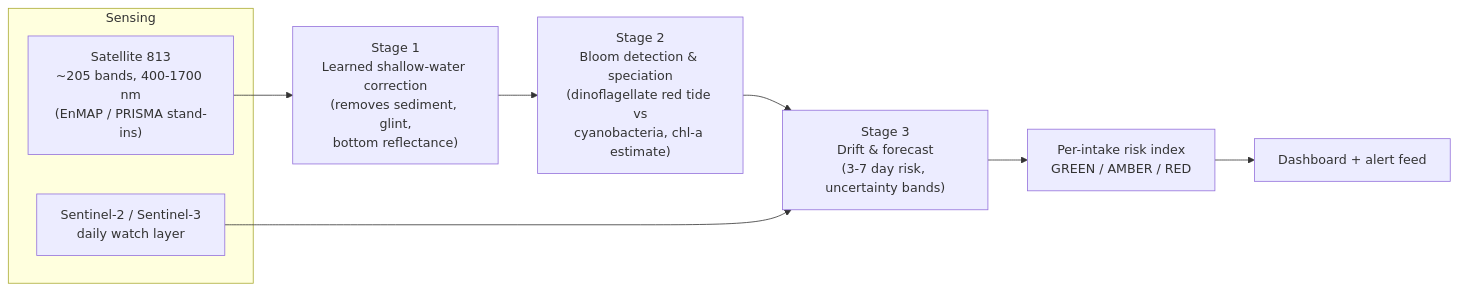
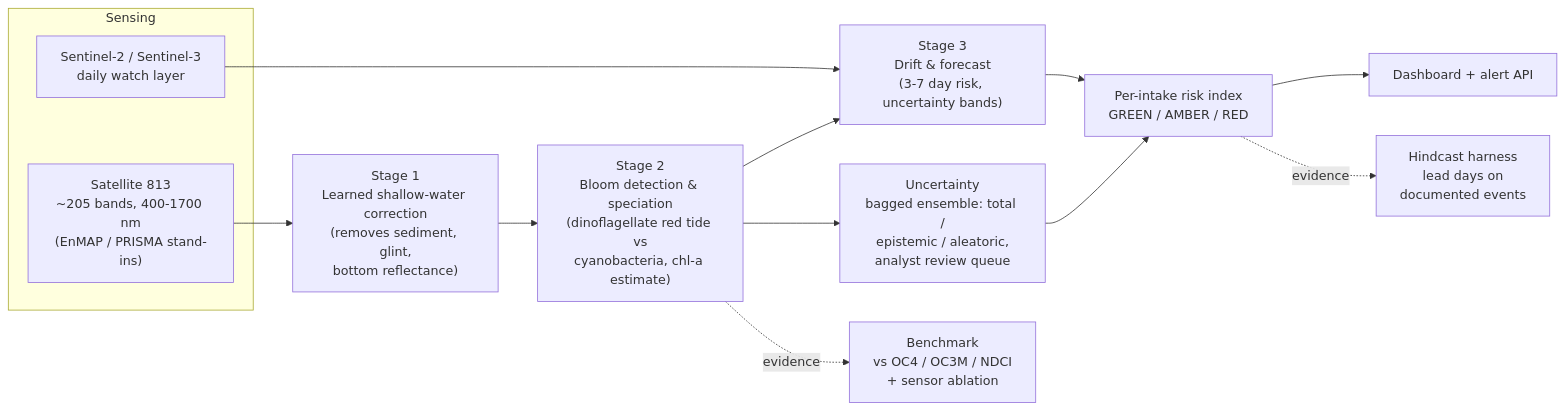
One commit to Slayer-F1/marsad-813 changed the diagram in README.md. Above: the diagram before and after it, drawn with Mermaid. The commit also changed other lines of this file and 26 other files, not shown here.

First line of the commit message:
v0.2: prove the core claim, quantify uncertainty, ship the alert API

````diff
--- a/README.md
+++ b/README.md
@@ -32,13 +129,17 @@
 ```mermaid
 flowchart LR
-    subgraph sensors["Sensing"]
+    subgraph sensing["Sensing"]
         A["Satellite 813<br/>~205 bands, 400-1700 nm<br/>(EnMAP / PRISMA stand-ins)"]
         S["Sentinel-2 / Sentinel-3<br/>daily watch layer"]
     end
     A --> B["Stage 1<br/>Learned shallow-water correction<br/>(removes sediment, glint,<br/>bottom reflectance)"]
     B --> C["Stage 2<br/>Bloom detection & speciation<br/>(dinoflagellate red tide vs<br/>cyanobacteria, chl-a estimate)"]
+    C --> U["Uncertainty<br/>bagged ensemble: total /<br/>epistemic / aleatoric,<br/>analyst review queue"]
     C --> D["Stage 3<br/>Drift & forecast<br/>(3-7 day risk, uncertainty bands)"]
     S --> D
+    U --> E
     D --> E["Per-intake risk index<br/>GREEN / AMBER / RED"]
-    E --> F["Dashboard + alert feed"]
+    E --> F["Dashboard + alert API"]
+    C -. evidence .-> BM["Benchmark<br/>vs OC4 / OC3M / NDCI<br/>+ sensor ablation"]
+    E -. evidence .-> HC["Hindcast harness<br/>lead days on<br/>documented events"]
 ```
````
